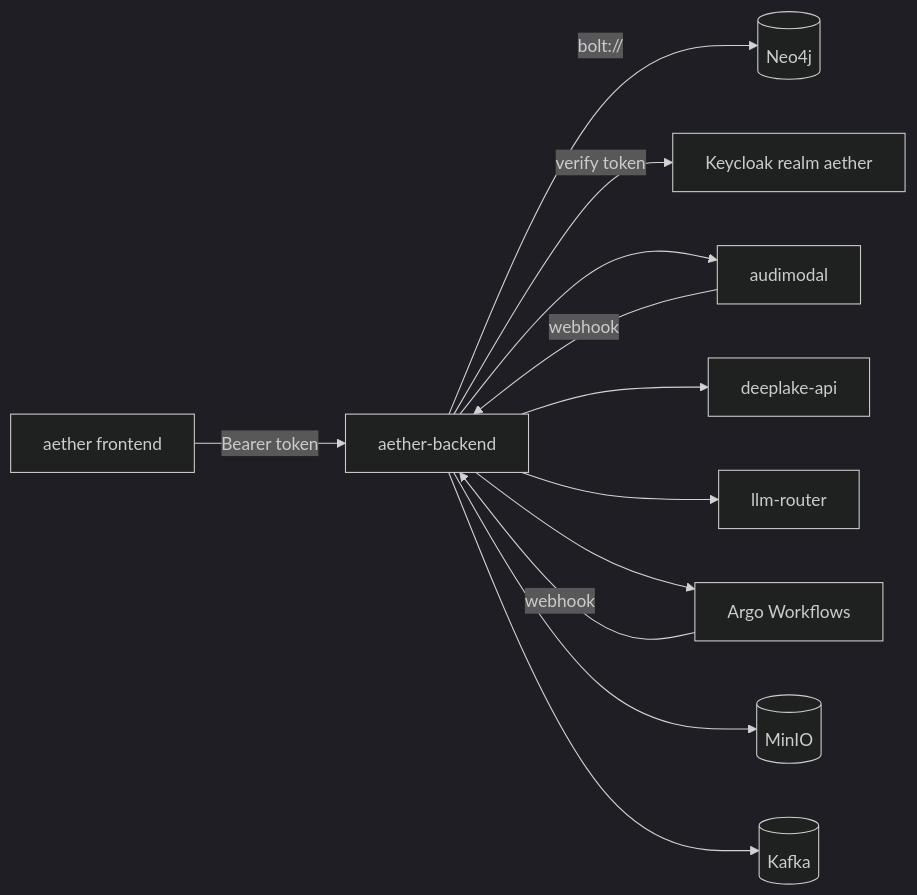
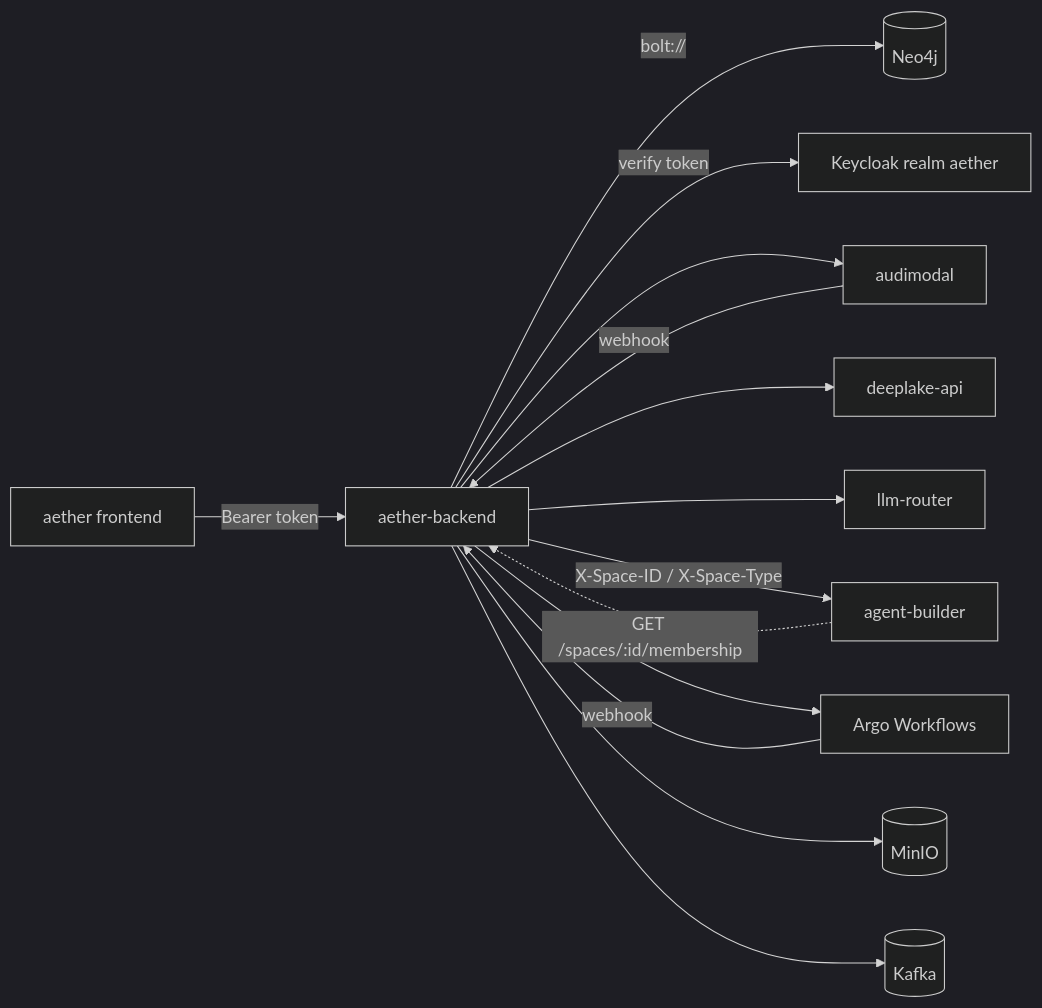
The diagram in README.md (Tributary-ai-services/aether-be), drawn with Mermaid (dark theme) before and after one commit. The commit also changed other lines of this file, not shown here.

````diff
--- a/README.md
+++ b/README.md
@@ -291,14 +565,16 @@
 ```mermaid
 graph LR
   FE[aether frontend] -->|Bearer token| BE[aether-backend]
   BE -->|bolt://| N[(Neo4j)]
   BE -->|verify token| KC[Keycloak realm aether]
   BE --> AM[audimodal]
   BE --> DL[deeplake-api]
   BE --> LR[llm-router]
+  BE -->|X-Space-ID / X-Space-Type| AB[agent-builder]
   BE --> ARGO[Argo Workflows]
   BE --> MIN[(MinIO)]
   BE --> KFK[(Kafka)]
   AM -->|webhook| BE
   ARGO -->|webhook| BE
+  AB -.->|GET /spaces/:id/membership| BE
 ```
````
